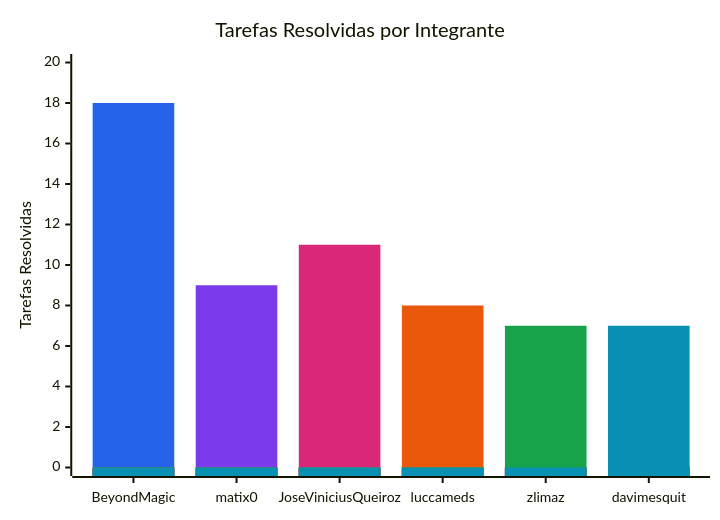
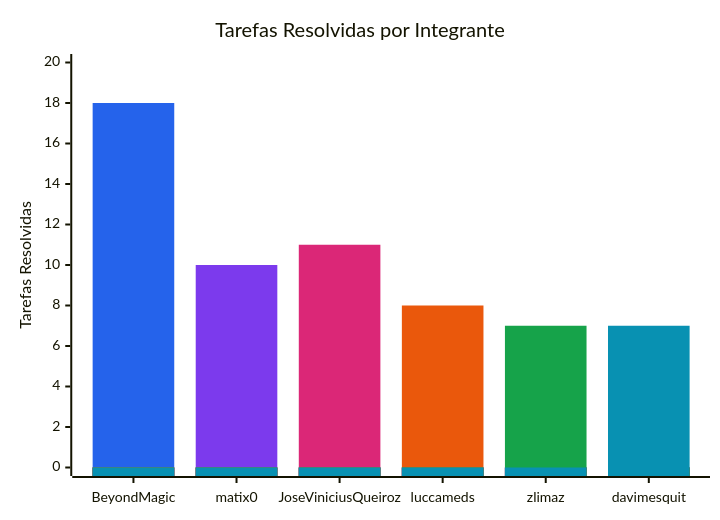
The diagram in documentation/snippets/management/resolved-issues.mmd (FCTE-Qualidade-de-Software-1/2026-2_T02_FRANS_BILAS), drawn with Mermaid before and after one commit. The commit also changed 4 other files, not shown here.

```diff
--- a/documentation/snippets/management/resolved-issues.mmd
+++ b/documentation/snippets/management/resolved-issues.mmd
@@ -1,11 +1,11 @@
 %%{init: {"themeVariables": {"xyChart": {"plotColorPalette": "#2563eb, #7c3aed, #db2777, #ea580c, #16a34a, #0891b2"}}}}%%
 xychart-beta
     title "Tarefas Resolvidas por Integrante"
     x-axis ["BeyondMagic", "matix0", "JoseViniciusQueiroz", "luccameds", "zlimaz", "davimesquit"]
     y-axis "Tarefas Resolvidas" 0 --> 20
     bar [18, 0, 0, 0, 0, 0]
-    bar [0, 9, 0, 0, 0, 0]
+    bar [0, 10, 0, 0, 0, 0]
     bar [0, 0, 11, 0, 0, 0]
     bar [0, 0, 0, 8, 0, 0]
     bar [0, 0, 0, 0, 7, 0]
     bar [0, 0, 0, 0, 0, 7]
```
